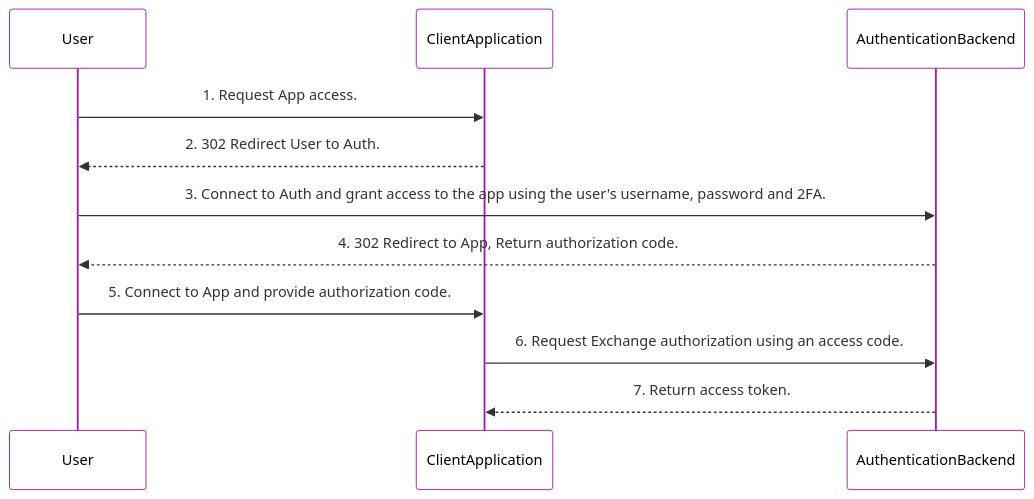
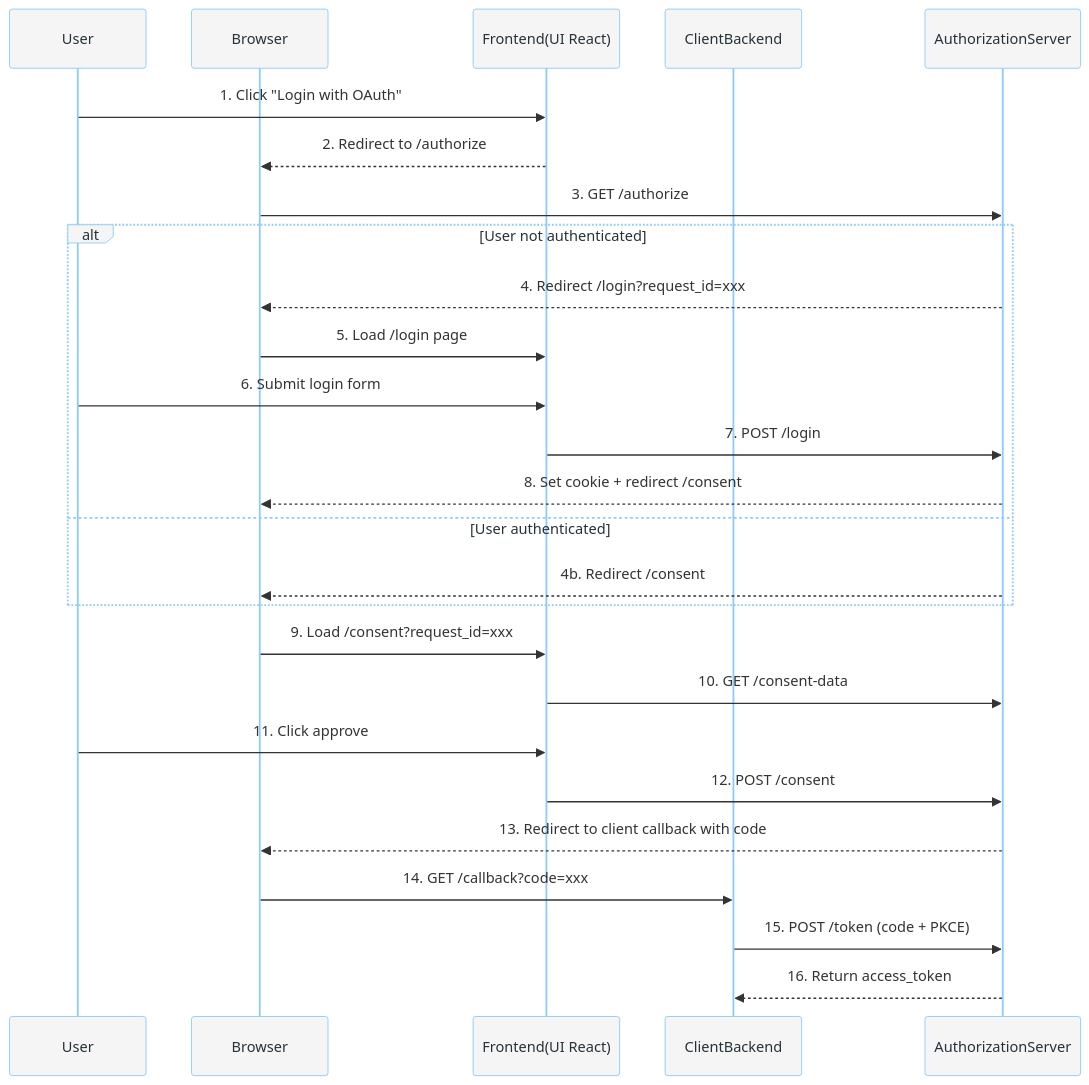
Before and after one commit to abdoulfataoh/oauth2: the diagram in README.md, drawn with Mermaid. The commit also changed other lines of this file, not shown here.

````diff
--- a/README.md
+++ b/README.md
@@ -24,16 +35,51 @@
 ```mermaid
-%%{init: {'theme': 'base', 'themeVariables': { 'primaryColor': 'transparent', 'secondaryColor': 'transparent', 'tertiaryColor': 'transparent', 'actorTextColor': '#000000', 'lineColor': '#00FF00', 'primaryBorderColor': '#9c1ca3'}}}%%
+
+%%{init: {
+  'theme': 'base',
+  'themeVariables': {
+    'primaryColor': '#f5f5f5',
+    'secondaryColor': '#e3f2fd',
+    'tertiaryColor': '#e8f5e9',
+    'primaryBorderColor': '#90caf9',
+    'lineColor': '#546e7a',
+    'actorTextColor': '#263238',
+    'fontSize': '18px'
+  }
+}}%%
 
 sequenceDiagram
     participant User
-    participant Client as ClientApplication
-    participant Auth as AuthenticationBackend
+    participant Browser
+    participant Frontend as Frontend(UI React)
+    participant Client as ClientBackend
+    participant Auth as AuthorizationServer
 
-    User->>Client: 1. Request App access.
-    Client-->>User: 2. 302 Redirect User to Auth.
-    User->>Auth: 3. Connect to Auth and grant access to the app using the user's username, password and 2FA.
-    Auth-->>User: 4. 302 Redirect to App, Return authorization code.
-    User->>Client: 5. Connect to App and provide authorization code.
-    Client->>Auth: 6. Request Exchange authorization using an access code.
-    Auth-->>Client: 7. Return access token.
+    User->>Frontend: 1. Click "Login with OAuth"
+
+    Frontend-->>Browser: 2. Redirect to /authorize
+    Browser->>Auth: 3. GET /authorize
+
+    alt User not authenticated
+        Auth-->>Browser: 4. Redirect /login?request_id=xxx
+        Browser->>Frontend: 5. Load /login page
+        User->>Frontend: 6. Submit login form
+        Frontend->>Auth: 7. POST /login
+        Auth-->>Browser: 8. Set cookie + redirect /consent
+    else User authenticated
+        Auth-->>Browser: 4b. Redirect /consent
+    end
+
+    Browser->>Frontend: 9. Load /consent?request_id=xxx
+    Frontend->>Auth: 10. GET /consent-data
+
+    User->>Frontend: 11. Click approve
+    Frontend->>Auth: 12. POST /consent
+
+    Auth-->>Browser: 13. Redirect to client callback with code
+    Browser->>Client: 14. GET /callback?code=xxx
+
+    Client->>Auth: 15. POST /token (code + PKCE)
+    Auth-->>Client: 16. Return access_token
+
+
 ```
````
